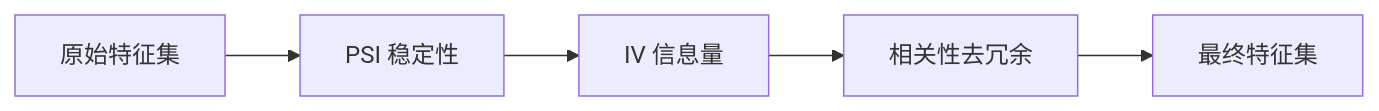
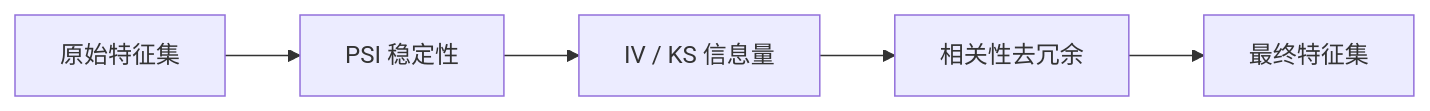
One commit to Kyle-J-Sun/SuperModelingFactory_doc changed the diagram in docs/guides/feature.md. Above: the diagram before and after it, drawn with Mermaid. The commit also changed other lines of this file and 6 other files, not shown here.

````diff
--- a/docs/guides/feature.md
+++ b/docs/guides/feature.md
@@ -5,7 +5,7 @@
 ```mermaid
 flowchart LR
     A[原始特征集] --> B[PSI 稳定性]
-    B --> C[IV 信息量]
+    B --> C[IV / KS 信息量]
     C --> D[相关性去冗余]
     D --> E[最终特征集]
 ```
````
